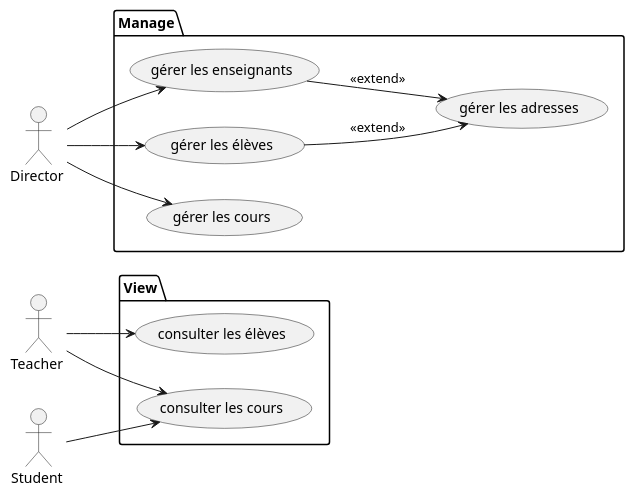
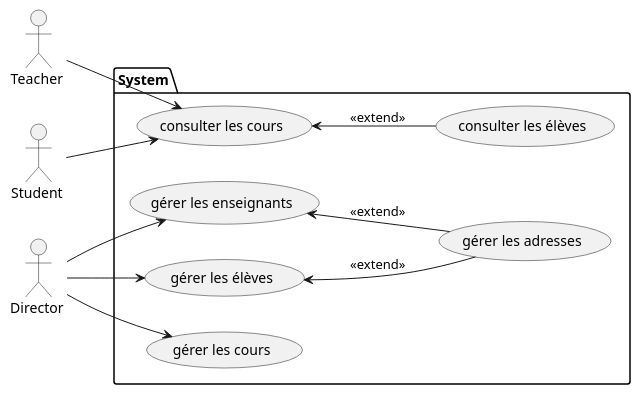
The diagram in doc/DiagramUseCase.puml (john7440/GestionEcole---Groupe), drawn with PlantUML before and after one commit.

Commit message:
Correction sur le diagramme de cas d'utilisation

```diff
--- a/doc/DiagramUseCase.puml
+++ b/doc/DiagramUseCase.puml
@@ -1,22 +1,21 @@
 @startuml
 'https://plantuml.com/use-case-diagram
 left to right direction
 
 :Teacher : as Teacher
 :Student : as Student
 :Director : as Director
 
-package View{
-:Teacher: --> (consulter les élèves)
+package System{
+
+:Director: --> (gérer les enseignants)
+:Director: --> (gérer les élèves)
+:Director: --> (gérer les cours)
+(gérer les enseignants) <-- (gérer les adresses) : <<extend>>
+(gérer les élèves) <-- (gérer les adresses) : <<extend>>
+(consulter les cours) <-- (consulter les élèves) : <<extend>>
 :Teacher: --> (consulter les cours)
 :Student: --> (consulter les cours)
-}
-package Manage{
-    :Director: --> (gérer les enseignants)
-    :Director: --> (gérer les élèves)
-    :Director: --> (gérer les cours)
-    (gérer les enseignants) --> (gérer les adresses) : <<extend>>
-    (gérer les élèves) --> (gérer les adresses) : <<extend>>
 
 }
 @enduml
```
